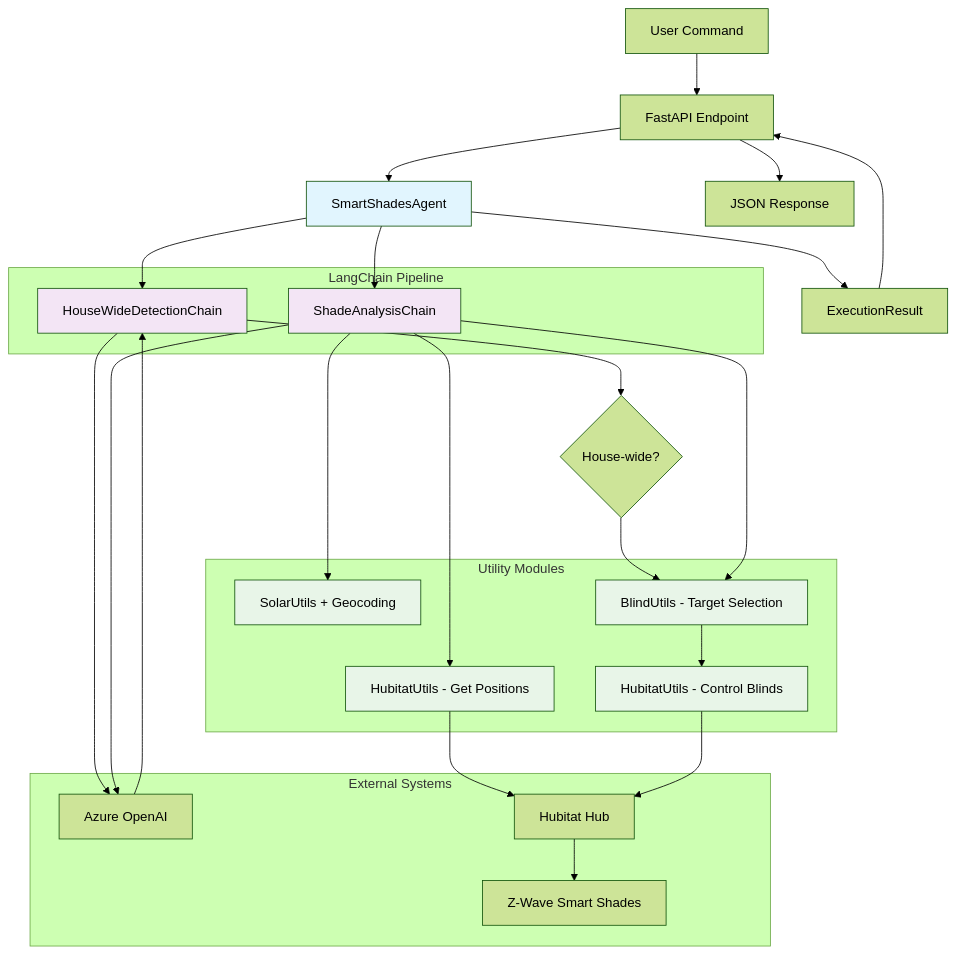
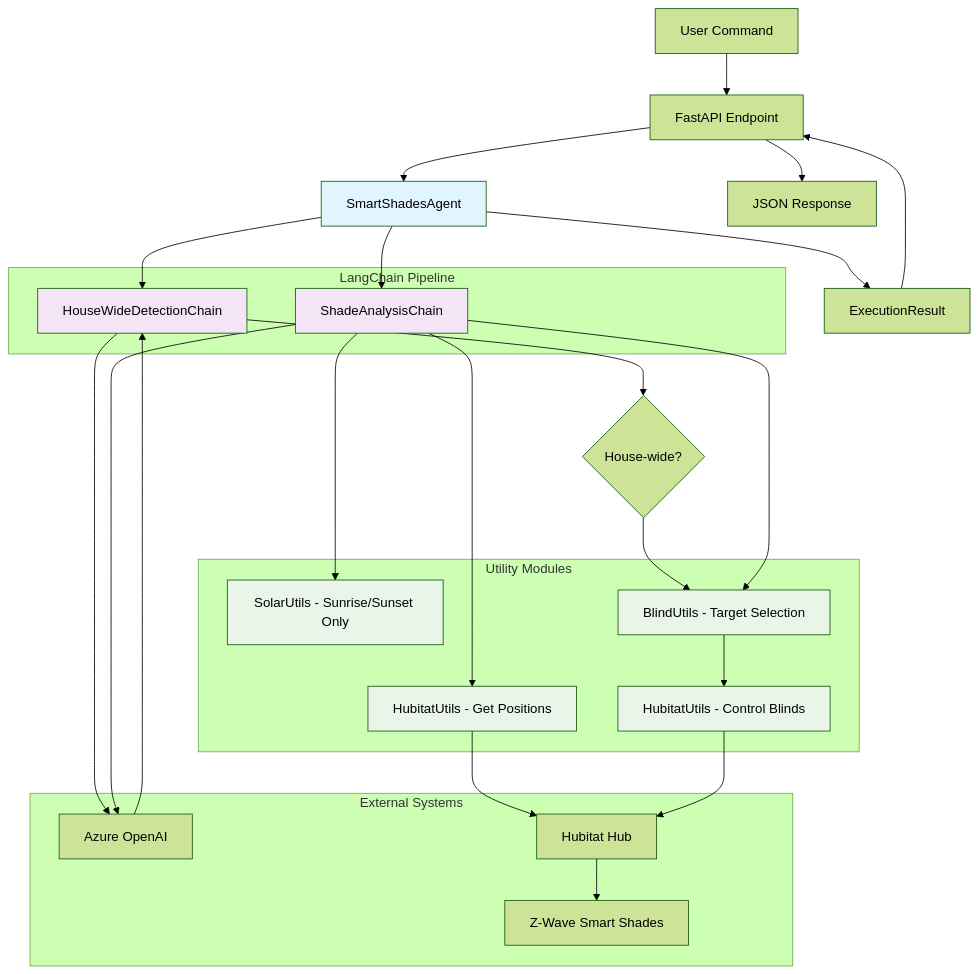
One commit to Kalatco/smartShades changed the diagram in README.md. Above: the diagram before and after it, drawn with Mermaid (forest theme). The commit also changed other lines of this file and 16 other files, not shown here.

````diff
--- a/README.md
+++ b/README.md
@@ -21,53 +21,53 @@
 ```mermaid
 graph TD
     A[User Command] --> B[FastAPI Endpoint]
     B --> C[SmartShadesAgent]
     
     C --> D[HouseWideDetectionChain]
     D --> E[Azure OpenAI]
     E --> D
     D --> F{House-wide?}
     
     C --> G[ShadeAnalysisChain]
     G --> E
-    G --> H[SolarUtils + Geocoding]
+    G --> H[SolarUtils - Sunrise/Sunset Only]
     G --> I[HubitatUtils - Get Positions]
     I --> J[Hubitat Hub]
     
     F --> K[BlindUtils - Target Selection]
     G --> K
     K --> L[HubitatUtils - Control Blinds]
     L --> J
     
     J --> M[Z-Wave Smart Shades]
     
     C --> N[ExecutionResult]
     N --> B
     B --> O[JSON Response]
     
     subgraph "LangChain Pipeline"
         D
         G
     end
     
     subgraph "Utility Modules"
         H
         I
         L
         K
     end
     
     subgraph "External Systems"
         E
         J
         M
     end
     
     style C fill:#e1f5fe
     style D fill:#f3e5f5
     style G fill:#f3e5f5
     style H fill:#e8f5e8
     style I fill:#e8f5e8
     style K fill:#e8f5e8
     style L fill:#e8f5e8
 ```
````
